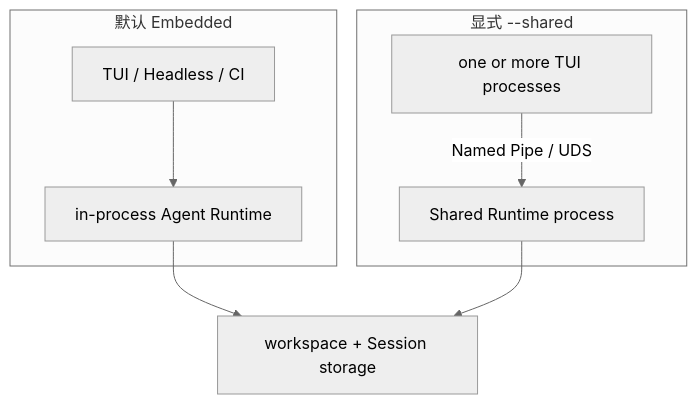
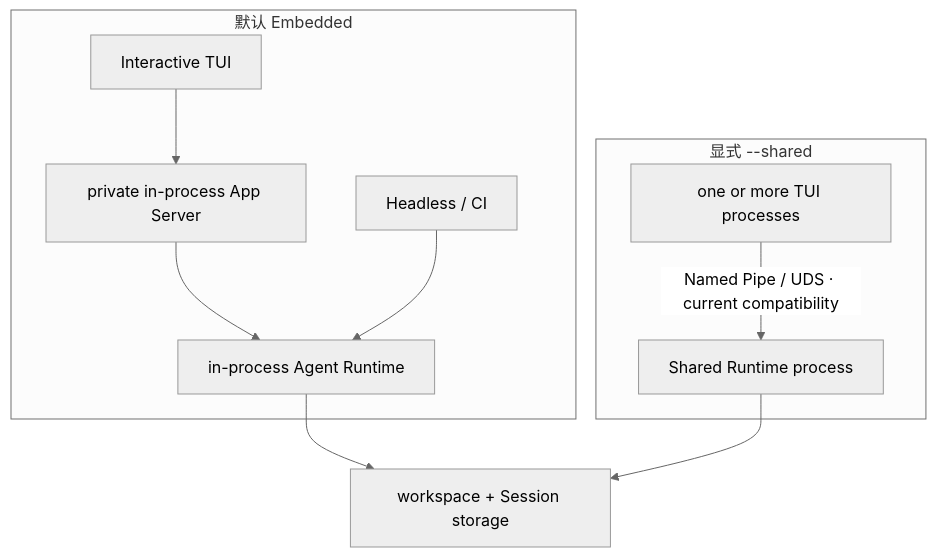
Before and after one commit to 1688mengdie/BitFun: diagram 13 of 15 in docs/architecture/agent-runtime-deployment-design.md, drawn with Mermaid (neutral theme). The commit also changed other lines of this file and 87 other files, not shown here.

Commit message:
feat(cli): add app server to cli

````diff
--- a/docs/architecture/agent-runtime-deployment-design.md
+++ b/docs/architecture/agent-runtime-deployment-design.md
@@ -318,11 +382,13 @@
 ```mermaid
 flowchart TB
   subgraph Embedded["默认 Embedded"]
-    TUI["TUI / Headless / CI"] --> Direct["in-process Agent Runtime"]
+    TUI["Interactive TUI"] --> AppServer["private in-process App Server"]
+    AppServer --> Runtime["in-process Agent Runtime"]
+    Headless["Headless / CI"] --> Runtime
   end
   subgraph Shared["显式 --shared"]
-    Clients["one or more TUI processes"] -->|"Named Pipe / UDS"| SharedRuntime["Shared Runtime process"]
+    Clients["one or more TUI processes"] -->|"Named Pipe / UDS · current compatibility"| SharedRuntime["Shared Runtime process"]
   end
-  Direct --> Data["workspace + Session storage"]
+  Runtime --> Data["workspace + Session storage"]
   SharedRuntime --> Data
 ```
````
